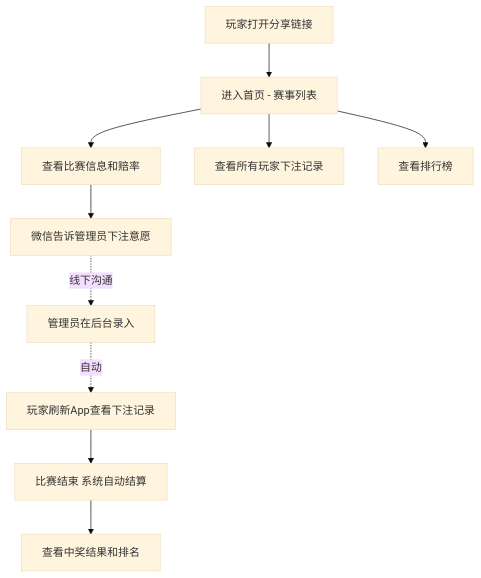
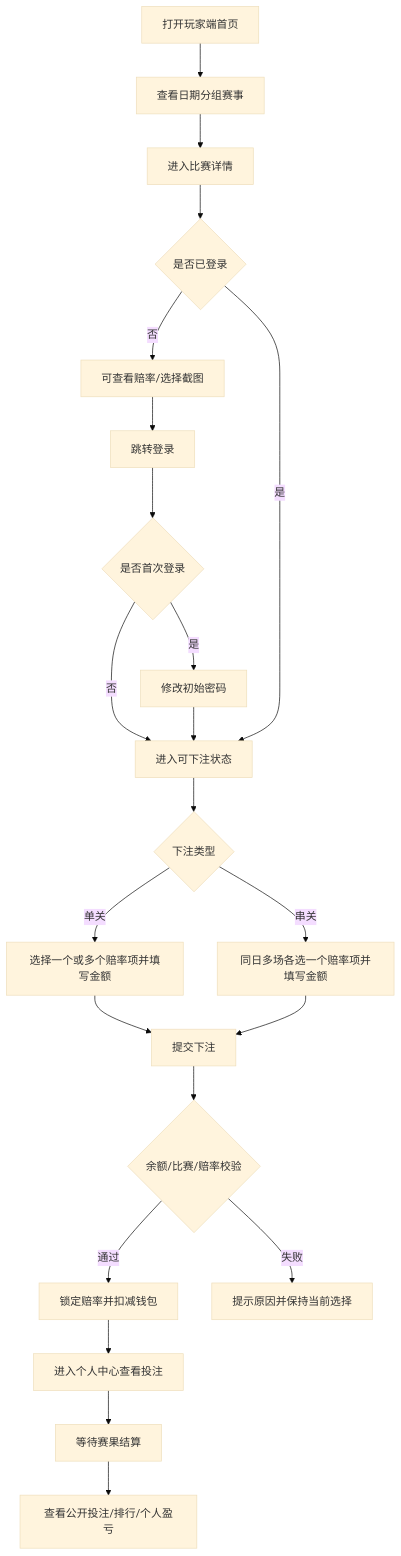
The first of 3 diagrams in PRD.md (denghf/worldcupweb), drawn with Mermaid (base theme) before and after one commit. The commit also changed other lines of this file, not shown here.

````diff
--- a/PRD.md
+++ b/PRD.md
@@ -97,12 +116,24 @@
 ```mermaid
 flowchart TD
-    A[玩家打开分享链接] --> D[进入首页 - 赛事列表]
-    D --> E[查看比赛信息和赔率]
-    E --> F[微信告诉管理员下注意愿]
-    F -.->|线下沟通| G[管理员在后台录入]
-    G -.->|自动| H[玩家刷新App查看下注记录]
-    D --> I[查看所有玩家下注记录]
-    D --> J[查看排行榜]
-    H --> K[比赛结束 系统自动结算]
-    K --> L[查看中奖结果和排名]
+    A[打开玩家端首页] --> B[查看日期分组赛事]
+    B --> C[进入比赛详情]
+    C --> D{是否已登录}
+    D -->|否| E[可查看赔率/选择截图]
+    E --> F[跳转登录]
+    F --> G{是否首次登录}
+    G -->|是| H[修改初始密码]
+    G -->|否| I[进入可下注状态]
+    H --> I
+    D -->|是| I
+    I --> J{下注类型}
+    J -->|单关| K[选择一个或多个赔率项并填写金额]
+    J -->|串关| L[同日多场各选一个赔率项并填写金额]
+    K --> M[提交下注]
+    L --> M
+    M --> N{余额/比赛/赔率校验}
+    N -->|通过| O[锁定赔率并扣减钱包]
+    N -->|失败| P[提示原因并保持当前选择]
+    O --> Q[进入个人中心查看投注]
+    Q --> R[等待赛果结算]
+    R --> S[查看公开投注/排行/个人盈亏]
 ```
````
